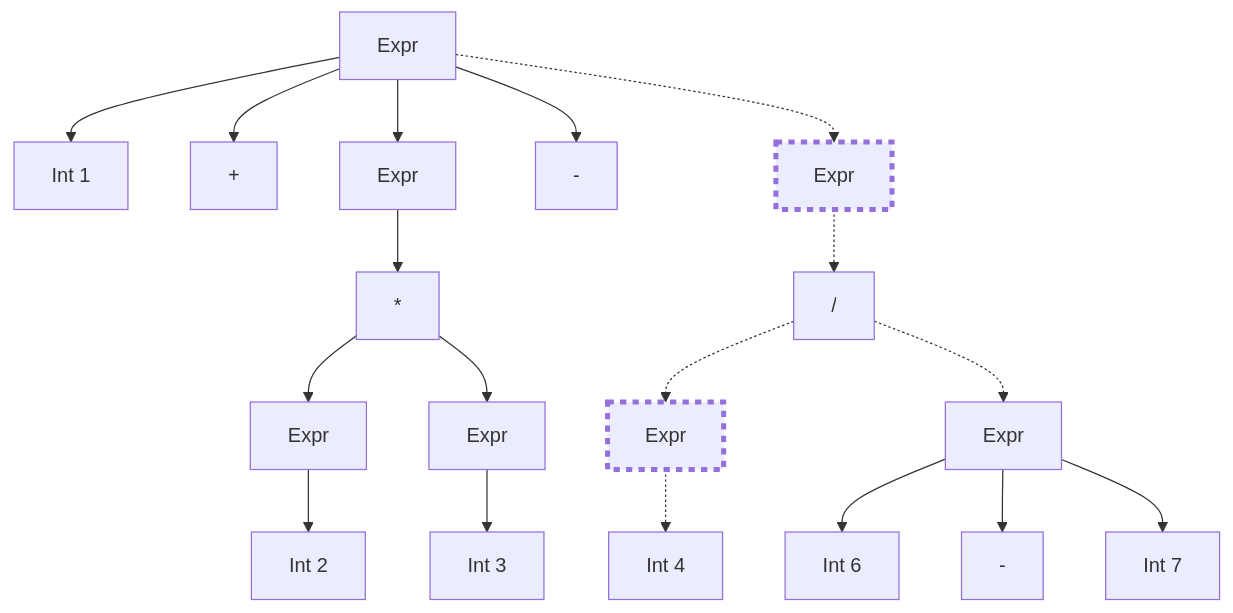
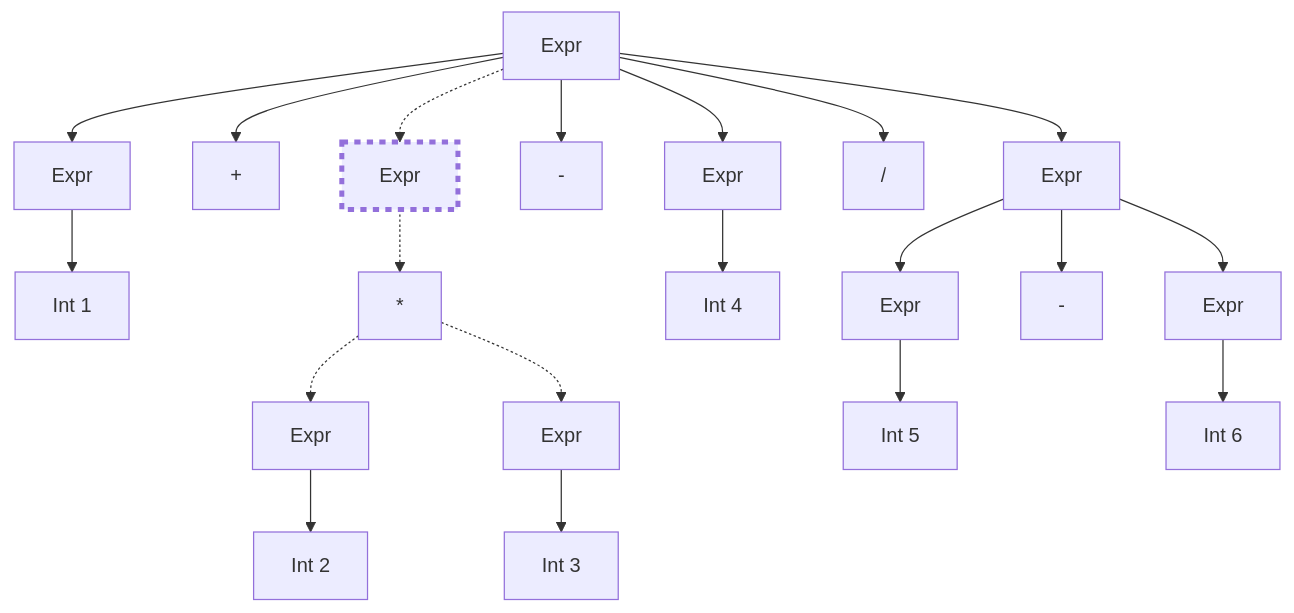
Diagram 24 of 28 in samples/infix/README.md (microsoft/Trieste), drawn with Mermaid before and after one commit. The commit also changed other lines of this file and 9 other files, not shown here.

````diff
--- a/samples/infix/README.md
+++ b/samples/infix/README.md
@@ -1134,21 +1168,23 @@
 ``` mermaid
 flowchart TD
-  A[Expr]-->B[Int 1]
+  A[Expr]-->BB[Expr]
+  BB-->B[Int 1]
   A-->C[+]
-  A-->N[Expr]
-  N-->E[*]
-  E-->DD[Expr]
+  A-.->N[Expr]:::current
+  N-.->E[*]
+  E-.->DD[Expr]
   DD-->D[Int 2]
-  E-->FF[Expr]
+  E-.->FF[Expr]
   FF-->F[Int 3]
   A-->G[-]
-  A-.->O[Expr]:::current
-  O-.->I["#47;"]
-  I-.->HH[Expr]:::current
-  HH-.->H[Int 4]
-  I-.->J[Expr]
-  J-->K[Int 6]
+  A-->HH[Expr]
+  HH-->H[Int 4]
+  A-->I["#47;"]
+  A-->J[Expr]
+  J-->KK[Expr]
+  KK-->K[Int 5]
   J-->L[-]
-  J-->M[Int 7]
+  J-->MM[Expr]
+  MM-->M[Int 6]
   classDef current stroke-width:4px,stroke-dasharray:5 5;
 ```
````
